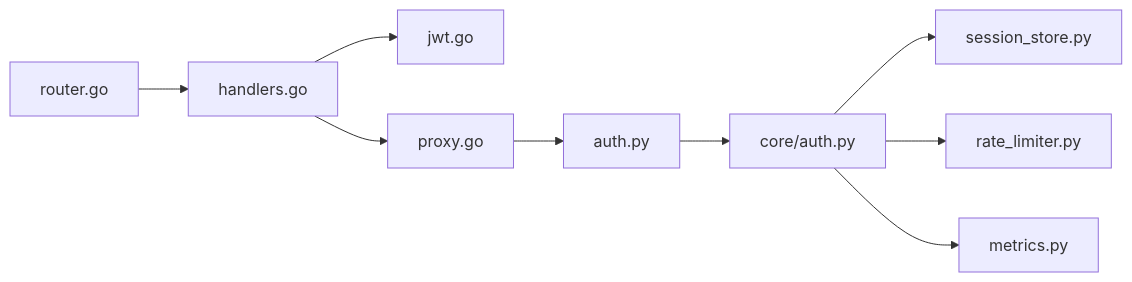
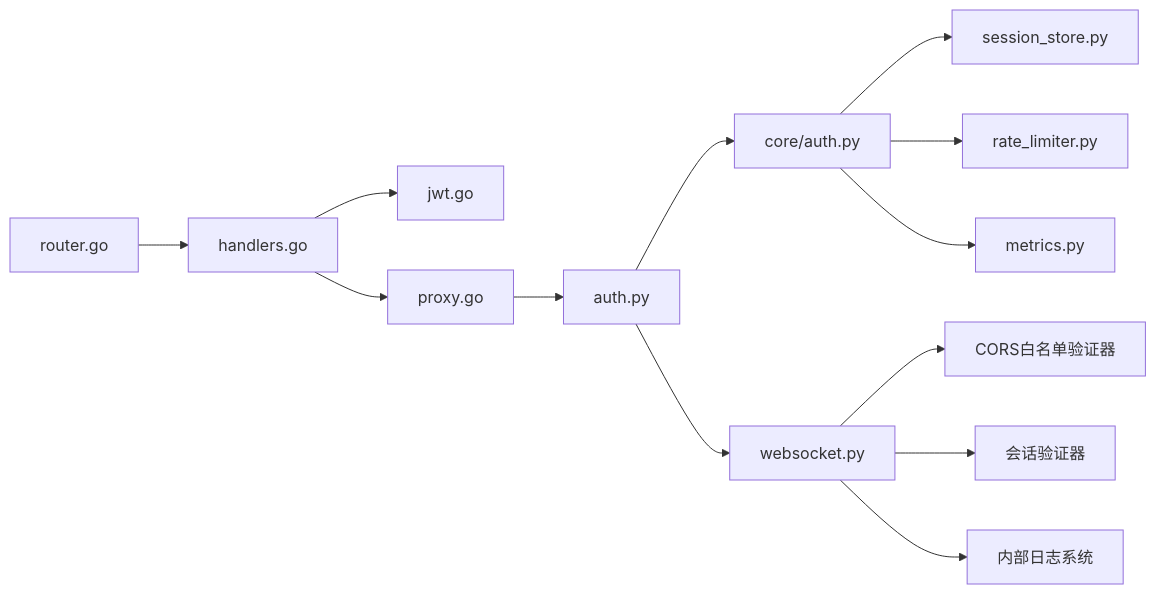
Before and after one commit to zmdhdu/NexusCockpit: the sixth of 6 diagrams in .qoder/repowiki/zh/content/系统架构设计/API架构/API安全与认证.md, drawn with Mermaid. The commit also changed other lines of this file and 23 other files, not shown here.

````diff
--- a/.qoder/repowiki/zh/content/系统架构设计/API架构/API安全与认证.md
+++ b/.qoder/repowiki/zh/content/系统架构设计/API架构/API安全与认证.md
@@ -304,11 +397,15 @@
 ```mermaid
 graph LR
 Router["router.go"] --> Handlers["handlers.go"]
 Handlers --> JWT["jwt.go"]
 Handlers --> Proxy["proxy.go"]
 Proxy --> AuthService["auth.py"]
 AuthService --> CoreAuth["core/auth.py"]
 CoreAuth --> Session["session_store.py"]
 CoreAuth --> RateLimit["rate_limiter.py"]
+AuthService --> WSHandler["websocket.py"]
+WSHandler --> CORSValidator["CORS白名单验证器"]
+WSHandler --> SessionValidator["会话验证器"]
+WSHandler --> InternalLogger["内部日志系统"]
 CoreAuth --> Metrics["metrics.py"]
 ```
````
